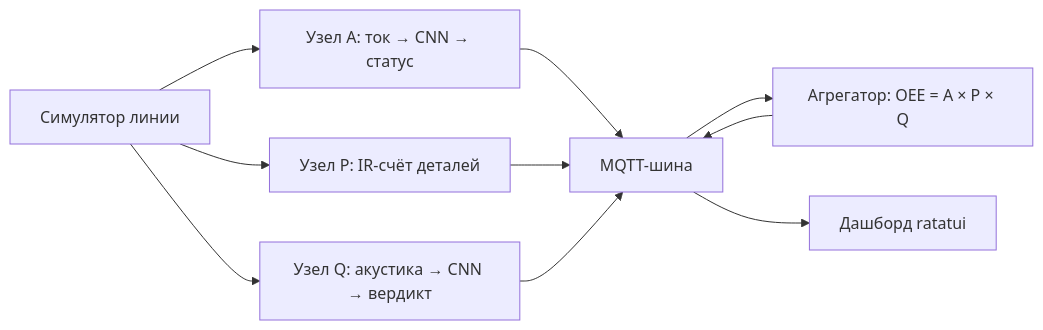
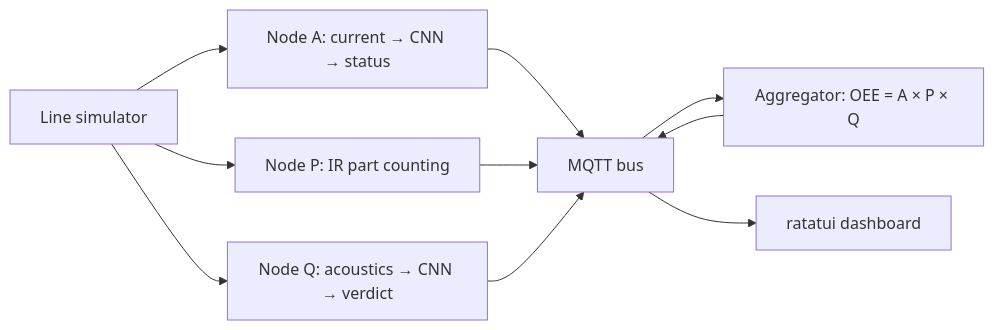
The diagram in README.md (dtrift/OEE), drawn with Mermaid before and after one commit. The commit also changed other lines of this file and 7 other files, not shown here.

````diff
--- a/README.md
+++ b/README.md
@@ -27,12 +30,12 @@
 ```mermaid
 graph LR
-    S[Симулятор линии] --> A[Узел A: ток → CNN → статус]
-    S --> P[Узел P: IR-счёт деталей]
-    S --> Q[Узел Q: акустика → CNN → вердикт]
-    A --> M[MQTT-шина]
+    S[Line simulator] --> A[Node A: current → CNN → status]
+    S --> P[Node P: IR part counting]
+    S --> Q[Node Q: acoustics → CNN → verdict]
+    A --> M[MQTT bus]
     P --> M
     Q --> M
-    M --> O[Агрегатор: OEE = A × P × Q]
+    M --> O[Aggregator: OEE = A × P × Q]
     O --> M
-    M --> D[Дашборд ratatui]
+    M --> D[ratatui dashboard]
 ```
````
